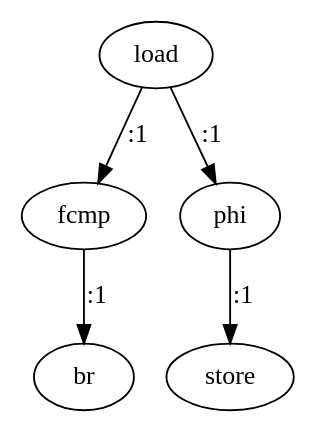
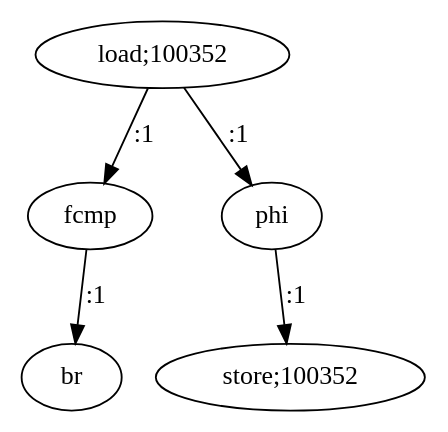
Before and after one commit to nikhilsambhus/MASc-graphDots: the diagram in rnet18_7.dot, drawn with Graphviz. The commit also changed 51 other files, not shown here.

```diff
--- a/rnet18_7.dot
+++ b/rnet18_7.dot
@@ -1,12 +1,12 @@
 digraph  {
-   0 [label="load"];
+   0 [label="load;100352"];
    1 [label="fcmp"];
    2 [label="br"];
    3 [label="phi"];
-   4 [label="store"];
+   4 [label="store;100352"];
 
    0->1 [label=":1"]
    0->3 [label=":1"]
    1->2 [label=":1"]
    3->4 [label=":1"]
 }
```
